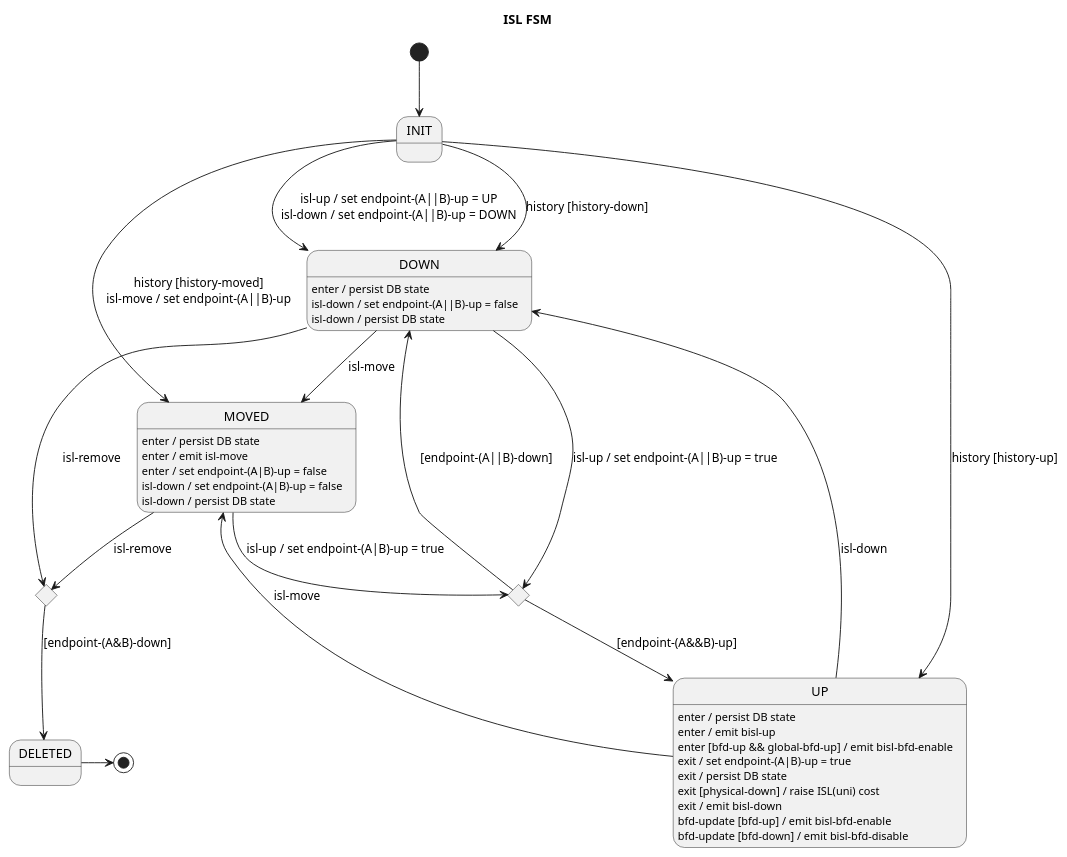
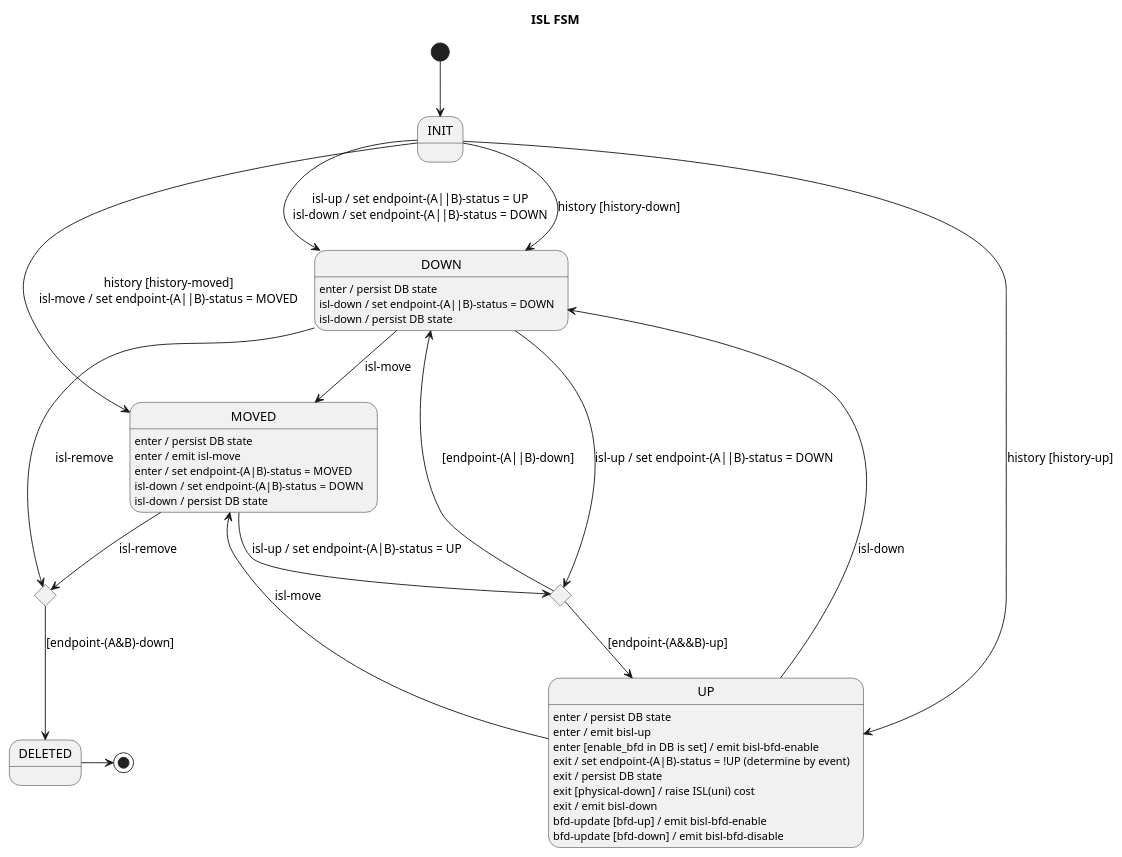
One commit to telstra/open-kilda changed the diagram in docs/design/network-discovery/ISL-FSM.puml. Above: the diagram before and after it, drawn with PlantUML. The commit also changed 15 other files, not shown here.

First line of the commit message:
Expose ISL down reason

```diff
--- a/docs/design/network-discovery/ISL-FSM.puml
+++ b/docs/design/network-discovery/ISL-FSM.puml
@@ -19,46 +19,46 @@
 @startuml
 title ISL FSM
 
 [*] --> INIT
 
-INIT --> DOWN : isl-up / set endpoint-(A||B)-up = UP\nisl-down / set endpoint-(A||B)-up = DOWN
+INIT --> DOWN : isl-up / set endpoint-(A||B)-status = UP\nisl-down / set endpoint-(A||B)-status = DOWN
 INIT --> DOWN : history [history-down]
 INIT --> UP : history [history-up]
-INIT --> MOVED : history [history-moved]\nisl-move / set endpoint-(A||B)-up
+INIT --> MOVED : history [history-moved]\nisl-move / set endpoint-(A||B)-status = MOVED
 
 state upAttempt <<choice>>
 state deleteAttempt <<choice>>
 deleteAttempt --> DELETED : [endpoint-(A&B)-down]
 
-DOWN --> upAttempt : isl-up / set endpoint-(A||B)-up = true
+DOWN --> upAttempt : isl-up / set endpoint-(A||B)-status = DOWN
 DOWN --> MOVED : isl-move
 DOWN : enter / persist DB state
-DOWN : isl-down / set endpoint-(A||B)-up = false
+DOWN : isl-down / set endpoint-(A||B)-status = DOWN
 DOWN : isl-down / persist DB state
 DOWN -> deleteAttempt : isl-remove
 
 upAttempt --> UP : [endpoint-(A&&B)-up]
 upAttempt --> DOWN : [endpoint-(A||B)-down]
 
 UP --> DOWN : isl-down
 UP --> MOVED : isl-move
 UP : enter / persist DB state
 UP : enter / emit bisl-up
-UP : enter [bfd-up && global-bfd-up] / emit bisl-bfd-enable
-UP : exit / set endpoint-(A|B)-up = true
+UP : enter [enable_bfd in DB is set] / emit bisl-bfd-enable
+UP : exit / set endpoint-(A|B)-status = !UP (determine by event)
 UP : exit / persist DB state
 UP : exit [physical-down] / raise ISL(uni) cost
 UP : exit / emit bisl-down
 UP : bfd-update [bfd-up] / emit bisl-bfd-enable
 UP : bfd-update [bfd-down] / emit bisl-bfd-disable
 
-MOVED --> upAttempt : isl-up / set endpoint-(A|B)-up = true
+MOVED --> upAttempt : isl-up / set endpoint-(A|B)-status = UP
 MOVED --> deleteAttempt : isl-remove
 MOVED : enter / persist DB state
 MOVED : enter / emit isl-move
-MOVED : enter / set endpoint-(A|B)-up = false
-MOVED : isl-down / set endpoint-(A|B)-up = false
+MOVED : enter / set endpoint-(A|B)-status = MOVED
+MOVED : isl-down / set endpoint-(A|B)-status = DOWN
 MOVED : isl-down / persist DB state
 
 DELETED -> [*]
 @enduml
```
